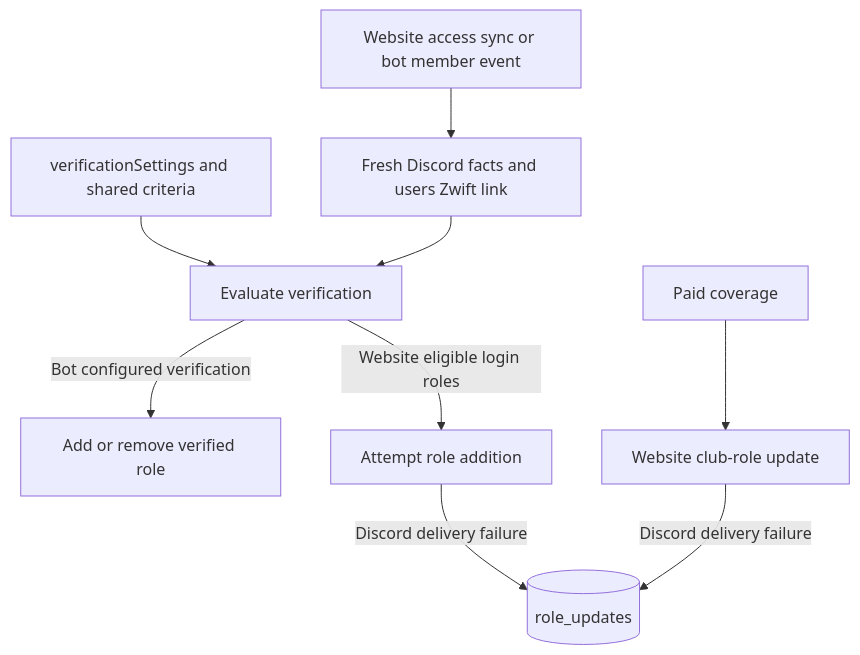
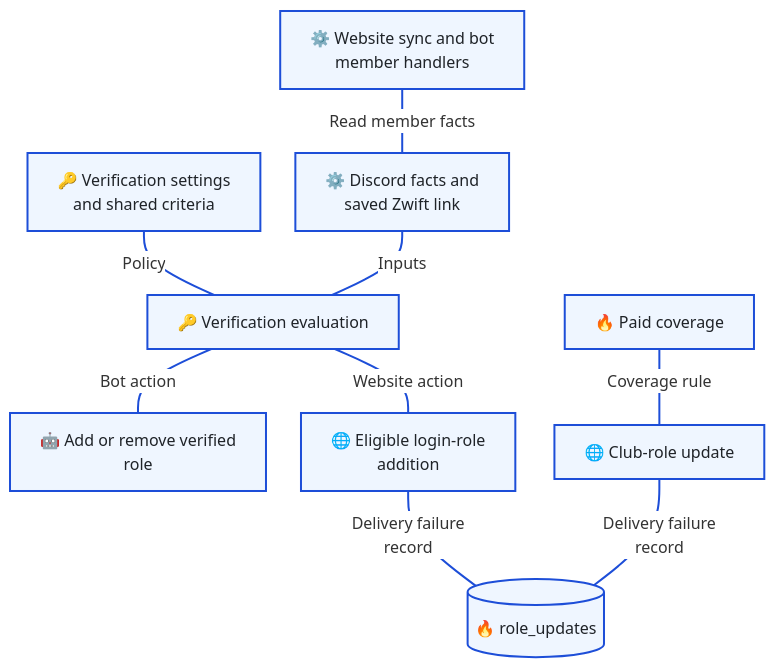
One commit to T00few2/dzr changed the third of 4 diagrams in docs/architecture/identity-membership.md. Above: the diagram before and after it, drawn with Mermaid. The commit also changed other lines of this file and 15 other files, not shown here.

First line of the commit message:
docs: standardize Mermaid notation and map the technology stack

````diff
--- a/docs/architecture/identity-membership.md
+++ b/docs/architecture/identity-membership.md
@@ -74,11 +107,24 @@
 ```mermaid
+---
+config:
+  theme: base
+  themeVariables:
+    edgeLabelBackground: '#ffffff'
+  flowchart:
+    padding: 15
+    nodeSpacing: 35
+    rankSpacing: 40
+---
 flowchart TB
-    entry[Website access sync or bot member event] --> facts[Fresh Discord facts and users Zwift link]
-    settings[verificationSettings and shared criteria] --> decision[Evaluate verification]
-    facts --> decision
-    decision -->|Bot configured verification| bot[Add or remove verified role]
-    decision -->|Website eligible login roles| web[Attempt role addition]
-    paid[Paid coverage] --> club[Website club-role update]
-    web -->|Discord delivery failure| queue[(role_updates)]
-    club -->|Discord delivery failure| queue
+    entry["⚙️ Website sync and bot<br/>member handlers"] ---|Read member facts| facts["⚙️ Discord facts and<br/>saved Zwift link"]
+    settings["🔑 Verification settings<br/>and shared criteria"] ---|Policy| decision["🔑 Verification evaluation"]
+    facts ---|Inputs| decision
+    decision ---|Bot action| bot["🤖 Add or remove verified<br/>role"]
+    decision ---|Website action| web["🌐 Eligible login-role<br/>addition"]
+    paid["🔥 Paid coverage"] ---|Coverage rule| club["🌐 Club-role update"]
+    web ---|Delivery failure<br/>record| queue[("🔥 role_updates")]
+    club ---|Delivery failure<br/>record| queue
+    classDef default fill:#eff6ff,stroke:#1d4ed8,stroke-width:2px,color:#1f2328
+    classDef external fill:#fff1f2,stroke:#b91c1c,stroke-width:2px,color:#1f2328
+    linkStyle default stroke:#1d4ed8,stroke-width:2px
 ```
````
